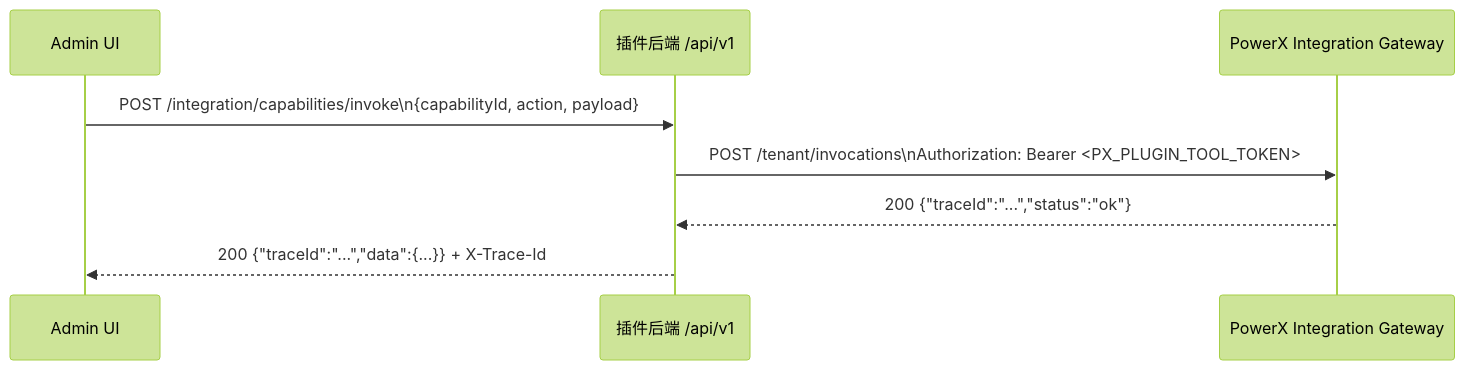
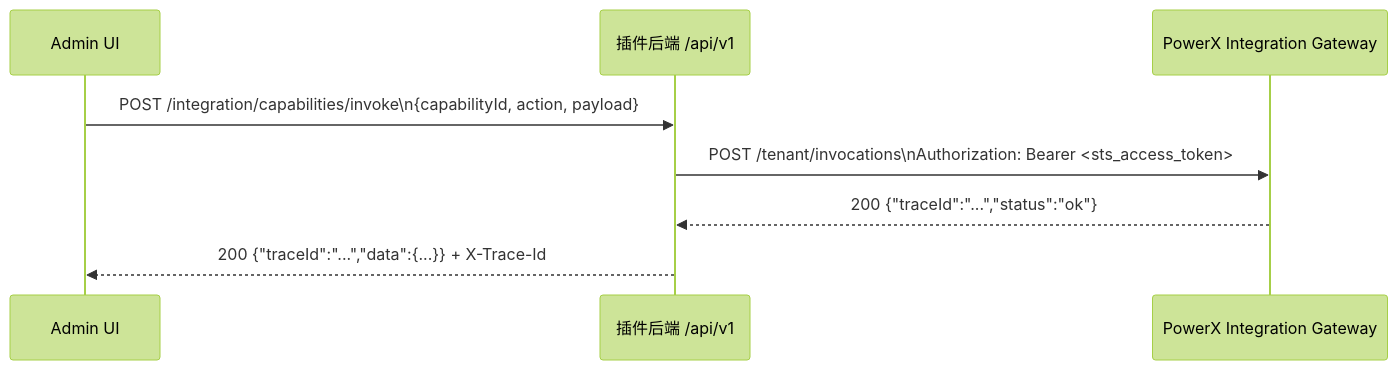
The diagram in docs/guides/develop/standalone/README.md (ArtisanCloud/PowerXPlugin), drawn with Mermaid (forest theme) before and after one commit. The commit also changed other lines of this file and 61 other files, not shown here.

````diff
--- a/docs/guides/develop/standalone/README.md
+++ b/docs/guides/develop/standalone/README.md
@@ -604,10 +602,10 @@
 ```mermaid
 sequenceDiagram
     participant UI as Admin UI
     participant PluginAPI as 插件后端 /api/v1
     participant Gateway as PowerX Integration Gateway
     UI->>PluginAPI: POST /integration/capabilities/invoke\n{capabilityId, action, payload}
-    PluginAPI->>Gateway: POST /tenant/invocations\nAuthorization: Bearer <PX_PLUGIN_TOOL_TOKEN>
+    PluginAPI->>Gateway: POST /tenant/invocations\nAuthorization: Bearer <sts_access_token>
     Gateway-->>PluginAPI: 200 {"traceId":"...","status":"ok"}
     PluginAPI-->>UI: 200 {"traceId":"...","data":{...}} + X-Trace-Id
 ```
````
